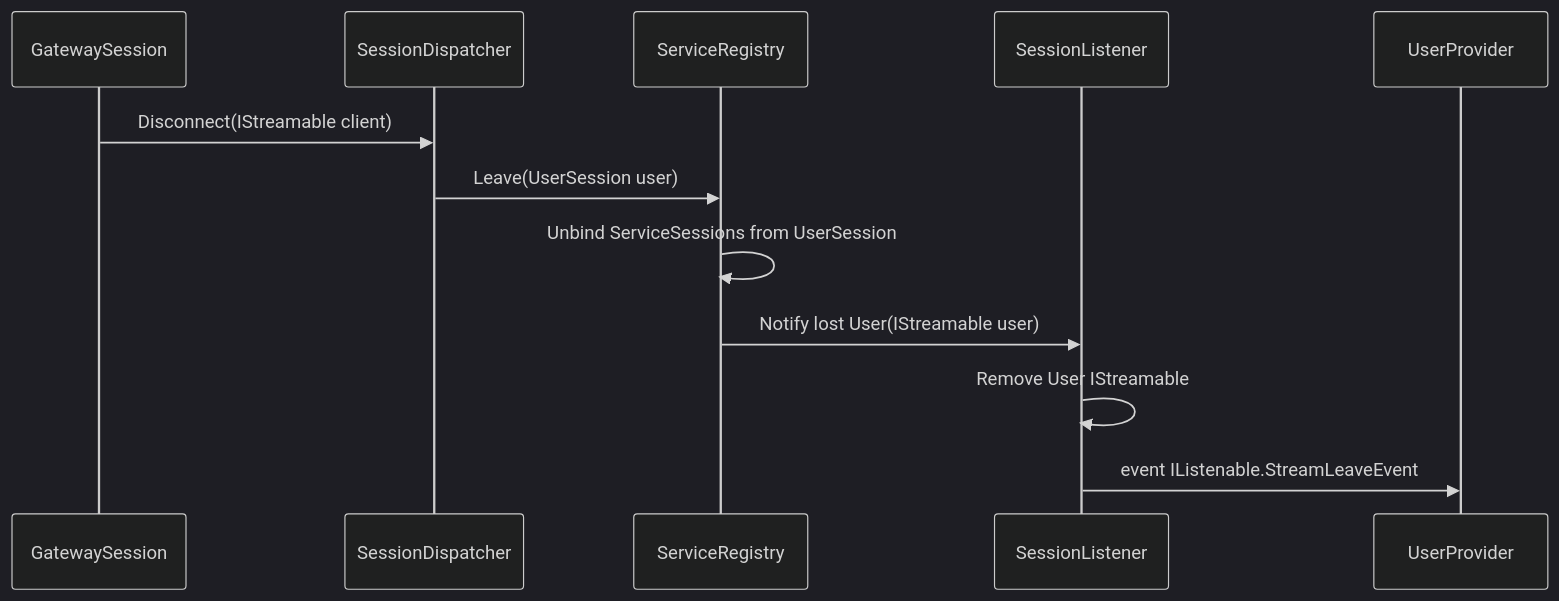
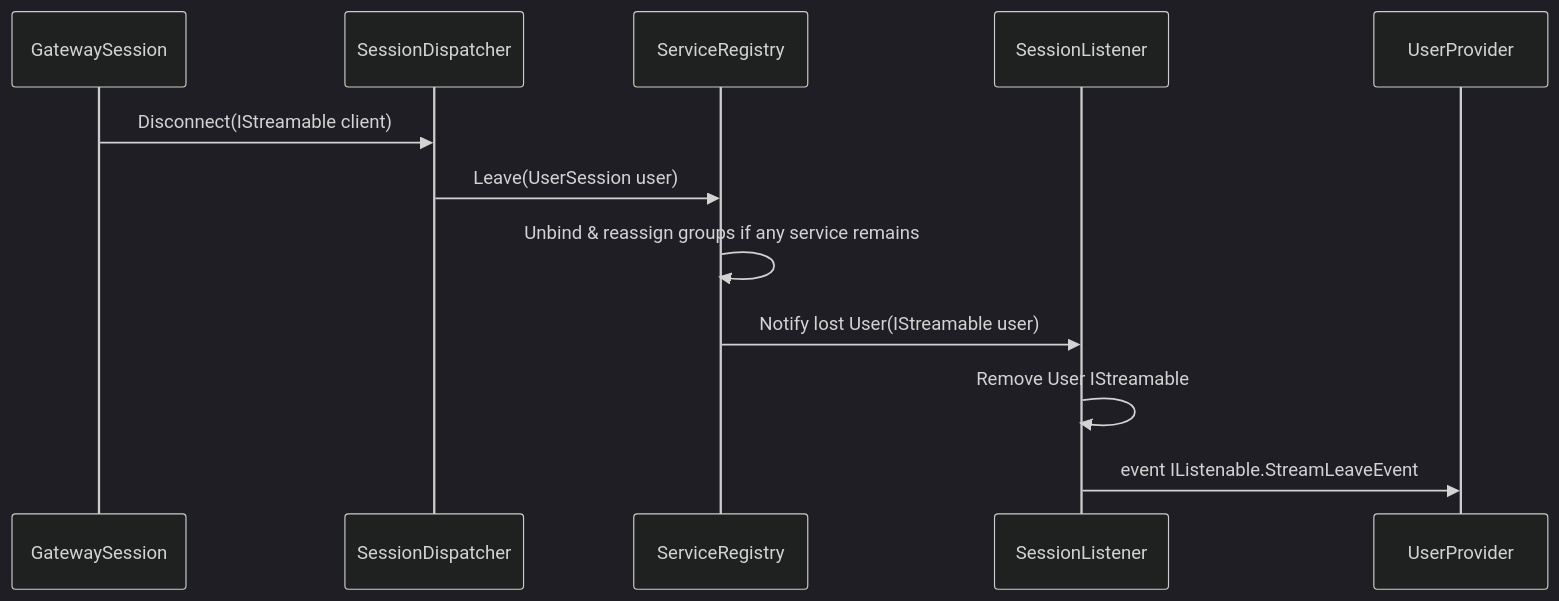
Before and after one commit to jiowchern/PinionCore.Remote: the fifth of 6 diagrams in PinionCore.Remote.Gateway/design.md, drawn with Mermaid (dark theme). The commit also changed other lines of this file and 4 other files, not shown here.

````diff
--- a/PinionCore.Remote.Gateway/design.md
+++ b/PinionCore.Remote.Gateway/design.md
@@ -179,13 +190,13 @@
 ```mermaid
 sequenceDiagram
     participant GatewaySession 
     participant SessionDispatcher
     participant ServiceRegistry
     participant SessionListener
     GatewaySession ->> SessionDispatcher: Disconnect(IStreamable client)
     SessionDispatcher ->> ServiceRegistry: Leave(UserSession user)
-    ServiceRegistry ->> ServiceRegistry: Unbind ServiceSessions from UserSession
+    ServiceRegistry ->> ServiceRegistry: Unbind & reassign groups if any service remains
     ServiceRegistry ->> SessionListener: Notify lost User(IStreamable user)
     SessionListener ->> SessionListener: Remove User IStreamable
     SessionListener  ->> UserProvider: event IListenable.StreamLeaveEvent
 ```
````
